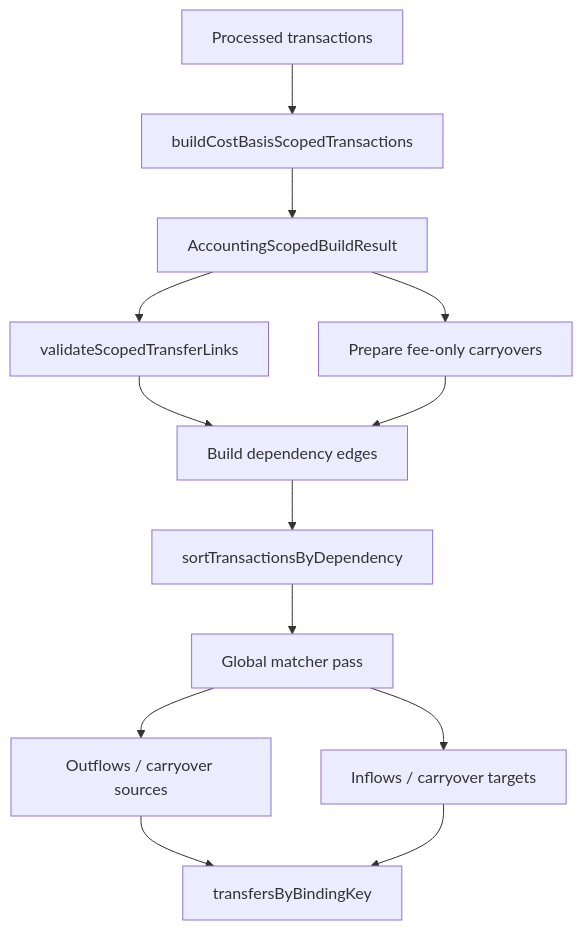
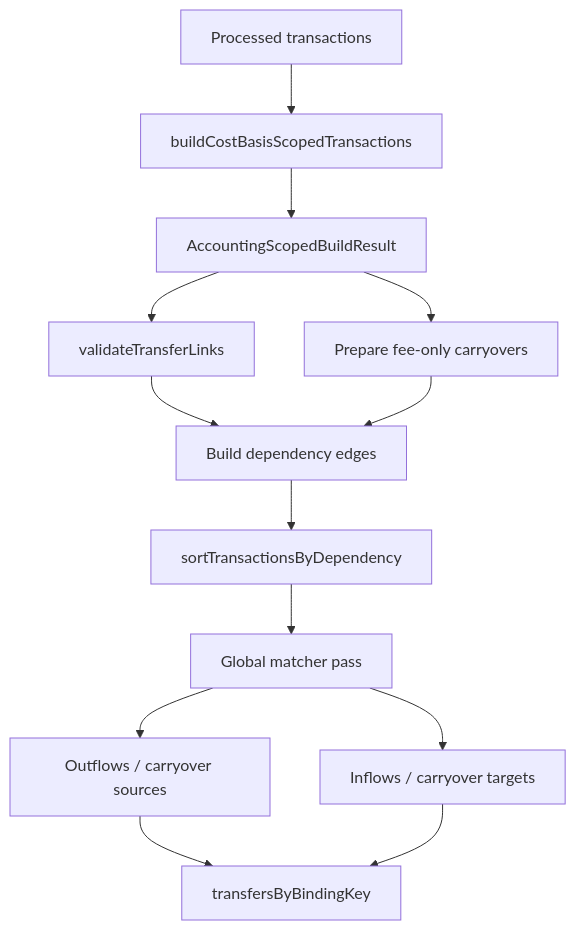
One commit to jbelanger/exitbook changed the diagram in docs/specs/lot-matcher-transaction-dependency-ordering.md. Above: the diagram before and after it, drawn with Mermaid. The commit also changed 12 other files, not shown here.

Commit message:
Remove scoped transfer validation seam

````diff
--- a/docs/specs/lot-matcher-transaction-dependency-ordering.md
+++ b/docs/specs/lot-matcher-transaction-dependency-ordering.md
@@ -76,15 +76,15 @@
 ```mermaid
 graph TD
     A["Processed transactions"] --> B["buildCostBasisScopedTransactions"]
     B --> C["AccountingScopedBuildResult"]
-    C --> D["validateScopedTransferLinks"]
+    C --> D["validateTransferLinks"]
     C --> E["Prepare fee-only carryovers"]
     D --> F["Build dependency edges"]
     E --> F
     F --> G["sortTransactionsByDependency"]
     G --> H["Global matcher pass"]
     H --> I["Outflows / carryover sources"]
     H --> J["Inflows / carryover targets"]
     I --> K["transfersByBindingKey"]
     J --> K
 ```
````
